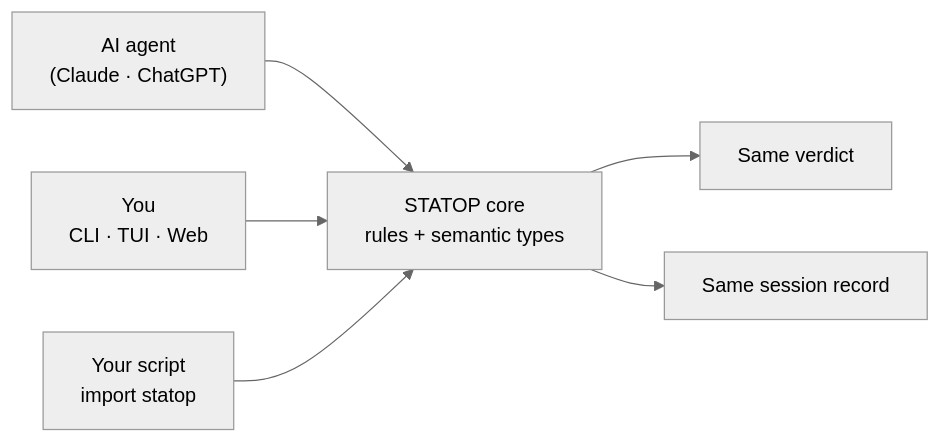
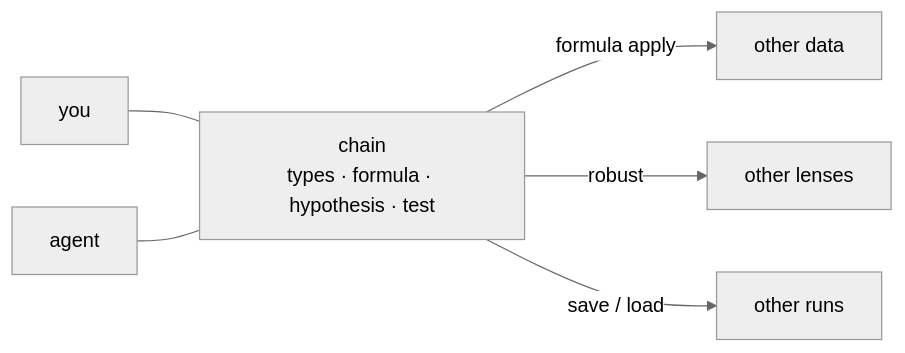
The diagram in README.md (WoobeenJeong/STATOP_public), drawn with Mermaid (neutral theme) before and after one commit. The commit also changed other lines of this file and 15 other files, not shown here.

First line of the commit message:
docs: the chain works both ways, and both sides read it the same

````diff
--- a/README.md
+++ b/README.md
@@ -30,8 +180,9 @@
 ```mermaid
 flowchart LR
-  A["AI agent<br/>(Claude · ChatGPT)"] --> C
-  B["You<br/>CLI · TUI · Web"] --> C
-  D["Your script<br/>import statop"] --> C
-  C["STATOP core<br/>rules + semantic types"] --> E["Same verdict"]
-  C --> F["Same session record"]
+  C["chain<br/>types · formula · hypothesis · test"]
+  C -->|"formula apply"| D1["other data"]
+  C -->|"robust"| D2["other lenses"]
+  C -->|"save / load"| D3["other runs"]
+  U["you"] --- C
+  A["agent"] --- C
 ```
````
